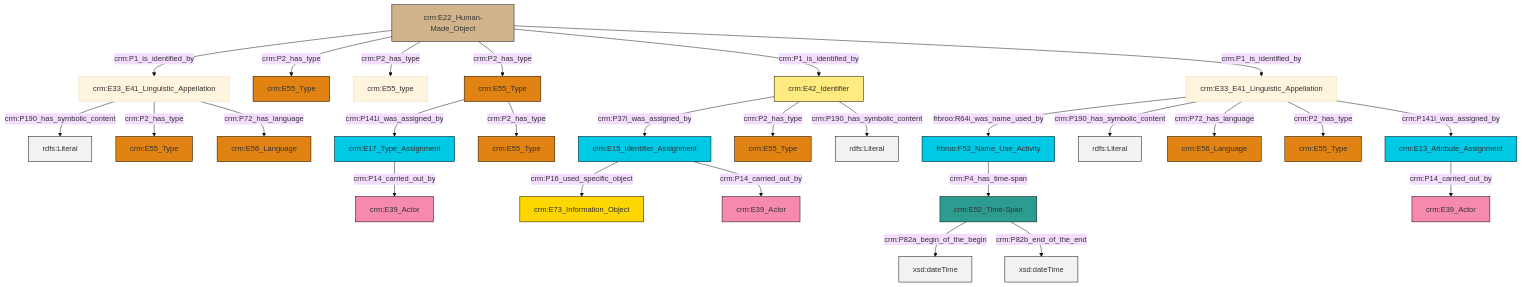
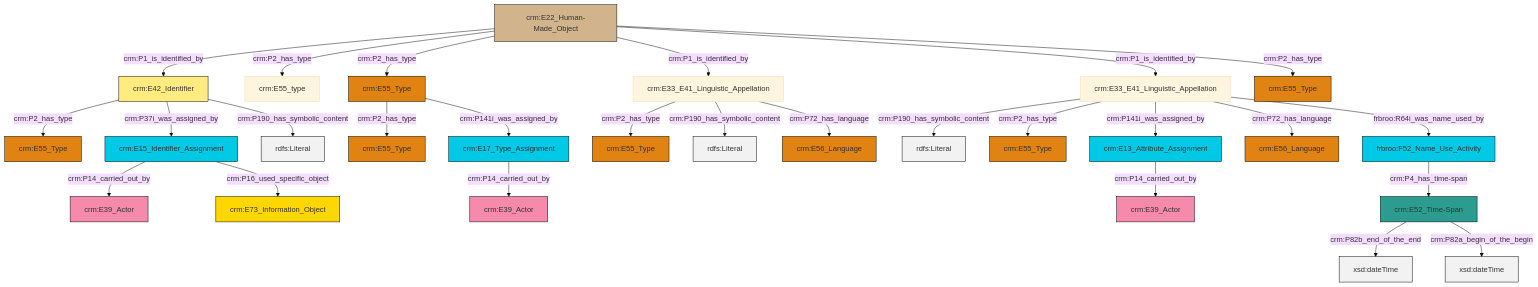
Before and after one commit to swiss-art-research-net/docs.swissartresearch: the diagram in et/builtWorkCSV/ttl/mmd/Built_Work_Names.ttl.mmd, drawn with Mermaid (base theme). The commit also changed 178 other files, not shown here.

```diff
--- a/et/builtWorkCSV/ttl/mmd/Built_Work_Names.ttl.mmd
+++ b/et/builtWorkCSV/ttl/mmd/Built_Work_Names.ttl.mmd
@@ -1,41 +1,41 @@
 graph TD
 classDef Literal fill:#f2f2f2,stroke:#000000;
 classDef CRM_Entity fill:#FFFFFF,stroke:#000000;
 classDef Temporal_Entity fill:#00C9E6, stroke:#000000;
 classDef Type fill:#E18312, stroke:#000000;
 classDef Time-Span fill:#2C9C91, stroke:#000000;
 classDef Appellation fill:#FFEB7F, stroke:#000000;
 classDef Place fill:#008836, stroke:#000000;
 classDef Persistent_Item fill:#B266B2, stroke:#000000;
 classDef Conceptual_Object fill:#FFD700, stroke:#000000;
 classDef Physical_Thing fill:#D2B48C, stroke:#000000;
 classDef Actor fill:#f58aad, stroke:#000000;
 classDef PC_Classes fill:#4ce600, stroke:#000000;
 classDef Multi fill:#cccccc,stroke:#000000;
 
-4["crm:E33_E41_Linguistic_Appellation"]:::Default -->|frbroo:R64i_was_name_used_by| 0["frbroo:F52_Name_Use_Activity"]:::Temporal_Entity
-5["crm:E15_Identifier_Assignment"]:::Temporal_Entity -->|crm:P16_used_specific_object| 6["crm:E73_Information_Object"]:::Conceptual_Object
-9["crm:E22_Human-Made_Object"]:::Physical_Thing -->|crm:P1_is_identified_by| 10["crm:E33_E41_Linguistic_Appellation"]:::Default
-9["crm:E22_Human-Made_Object"]:::Physical_Thing -->|crm:P2_has_type| 11["crm:E55_Type"]:::Type
-13["crm:E52_Time-Span"]:::Time-Span -->|crm:P82a_begin_of_the_begin| 14[xsd:dateTime]:::Literal
-9["crm:E22_Human-Made_Object"]:::Physical_Thing -->|crm:P2_has_type| 17["crm:E55_type"]:::Default
-10["crm:E33_E41_Linguistic_Appellation"]:::Default -->|crm:P190_has_symbolic_content| 18[rdfs:Literal]:::Literal
-9["crm:E22_Human-Made_Object"]:::Physical_Thing -->|crm:P2_has_type| 19["crm:E55_Type"]:::Type
-4["crm:E33_E41_Linguistic_Appellation"]:::Default -->|crm:P190_has_symbolic_content| 22[rdfs:Literal]:::Literal
-5["crm:E15_Identifier_Assignment"]:::Temporal_Entity -->|crm:P14_carried_out_by| 25["crm:E39_Actor"]:::Actor
-4["crm:E33_E41_Linguistic_Appellation"]:::Default -->|crm:P72_has_language| 27["crm:E56_Language"]:::Type
-4["crm:E33_E41_Linguistic_Appellation"]:::Default -->|crm:P2_has_type| 7["crm:E55_Type"]:::Type
-20["crm:E13_Attribute_Assignment"]:::Temporal_Entity -->|crm:P14_carried_out_by| 30["crm:E39_Actor"]:::Actor
-0["frbroo:F52_Name_Use_Activity"]:::Temporal_Entity -->|crm:P4_has_time-span| 13["crm:E52_Time-Span"]:::Time-Span
-9["crm:E22_Human-Made_Object"]:::Physical_Thing -->|crm:P1_is_identified_by| 31["crm:E42_Identifier"]:::Appellation
-4["crm:E33_E41_Linguistic_Appellation"]:::Default -->|crm:P141i_was_assigned_by| 20["crm:E13_Attribute_Assignment"]:::Temporal_Entity
-10["crm:E33_E41_Linguistic_Appellation"]:::Default -->|crm:P2_has_type| 32["crm:E55_Type"]:::Type
-9["crm:E22_Human-Made_Object"]:::Physical_Thing -->|crm:P1_is_identified_by| 4["crm:E33_E41_Linguistic_Appellation"]:::Default
-31["crm:E42_Identifier"]:::Appellation -->|crm:P37i_was_assigned_by| 5["crm:E15_Identifier_Assignment"]:::Temporal_Entity
-31["crm:E42_Identifier"]:::Appellation -->|crm:P2_has_type| 15["crm:E55_Type"]:::Type
-2["crm:E17_Type_Assignment"]:::Temporal_Entity -->|crm:P14_carried_out_by| 23["crm:E39_Actor"]:::Actor
-31["crm:E42_Identifier"]:::Appellation -->|crm:P190_has_symbolic_content| 43[rdfs:Literal]:::Literal
-13["crm:E52_Time-Span"]:::Time-Span -->|crm:P82b_end_of_the_end| 45[xsd:dateTime]:::Literal
-19["crm:E55_Type"]:::Type -->|crm:P141i_was_assigned_by| 2["crm:E17_Type_Assignment"]:::Temporal_Entity
-19["crm:E55_Type"]:::Type -->|crm:P2_has_type| 39["crm:E55_Type"]:::Type
-10["crm:E33_E41_Linguistic_Appellation"]:::Default -->|crm:P72_has_language| 28["crm:E56_Language"]:::Type
+4["crm:E13_Attribute_Assignment"]:::Temporal_Entity -->|crm:P14_carried_out_by| 5["crm:E39_Actor"]:::Actor
+6["crm:E15_Identifier_Assignment"]:::Temporal_Entity -->|crm:P14_carried_out_by| 7["crm:E39_Actor"]:::Actor
+6["crm:E15_Identifier_Assignment"]:::Temporal_Entity -->|crm:P16_used_specific_object| 8["crm:E73_Information_Object"]:::Conceptual_Object
+16["crm:E22_Human-Made_Object"]:::Physical_Thing -->|crm:P1_is_identified_by| 17["crm:E42_Identifier"]:::Appellation
+16["crm:E22_Human-Made_Object"]:::Physical_Thing -->|crm:P2_has_type| 0["crm:E55_type"]:::Default
+23["crm:E55_Type"]:::Type -->|crm:P2_has_type| 11["crm:E55_Type"]:::Type
+13["crm:E33_E41_Linguistic_Appellation"]:::Default -->|crm:P190_has_symbolic_content| 24[rdfs:Literal]:::Literal
+19["crm:E17_Type_Assignment"]:::Temporal_Entity -->|crm:P14_carried_out_by| 25["crm:E39_Actor"]:::Actor
+17["crm:E42_Identifier"]:::Appellation -->|crm:P2_has_type| 9["crm:E55_Type"]:::Type
+13["crm:E33_E41_Linguistic_Appellation"]:::Default -->|crm:P2_has_type| 26["crm:E55_Type"]:::Type
+27["crm:E52_Time-Span"]:::Time-Span -->|crm:P82b_end_of_the_end| 28[xsd:dateTime]:::Literal
+23["crm:E55_Type"]:::Type -->|crm:P141i_was_assigned_by| 19["crm:E17_Type_Assignment"]:::Temporal_Entity
+16["crm:E22_Human-Made_Object"]:::Physical_Thing -->|crm:P2_has_type| 23["crm:E55_Type"]:::Type
+2["frbroo:F52_Name_Use_Activity"]:::Temporal_Entity -->|crm:P4_has_time-span| 27["crm:E52_Time-Span"]:::Time-Span
+13["crm:E33_E41_Linguistic_Appellation"]:::Default -->|crm:P141i_was_assigned_by| 4["crm:E13_Attribute_Assignment"]:::Temporal_Entity
+37["crm:E33_E41_Linguistic_Appellation"]:::Default -->|crm:P2_has_type| 31["crm:E55_Type"]:::Type
+16["crm:E22_Human-Made_Object"]:::Physical_Thing -->|crm:P1_is_identified_by| 37["crm:E33_E41_Linguistic_Appellation"]:::Default
+13["crm:E33_E41_Linguistic_Appellation"]:::Default -->|crm:P72_has_language| 21["crm:E56_Language"]:::Type
+37["crm:E33_E41_Linguistic_Appellation"]:::Default -->|crm:P190_has_symbolic_content| 45[rdfs:Literal]:::Literal
+16["crm:E22_Human-Made_Object"]:::Physical_Thing -->|crm:P1_is_identified_by| 13["crm:E33_E41_Linguistic_Appellation"]:::Default
+17["crm:E42_Identifier"]:::Appellation -->|crm:P37i_was_assigned_by| 6["crm:E15_Identifier_Assignment"]:::Temporal_Entity
+16["crm:E22_Human-Made_Object"]:::Physical_Thing -->|crm:P2_has_type| 38["crm:E55_Type"]:::Type
+17["crm:E42_Identifier"]:::Appellation -->|crm:P190_has_symbolic_content| 47[rdfs:Literal]:::Literal
+13["crm:E33_E41_Linguistic_Appellation"]:::Default -->|frbroo:R64i_was_name_used_by| 2["frbroo:F52_Name_Use_Activity"]:::Temporal_Entity
+37["crm:E33_E41_Linguistic_Appellation"]:::Default -->|crm:P72_has_language| 42["crm:E56_Language"]:::Type
+27["crm:E52_Time-Span"]:::Time-Span -->|crm:P82a_begin_of_the_begin| 49[xsd:dateTime]:::Literal
```
